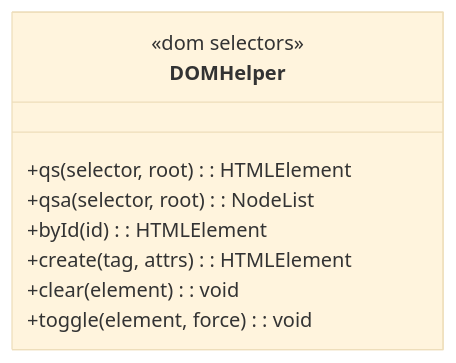
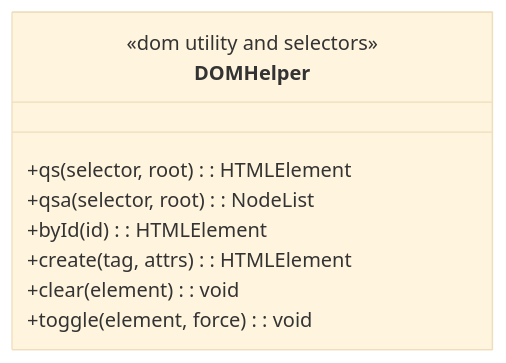
One commit to arbph-dev/codeIgniter-appCms changed the first of 2 diagrams in documentation/WORKBENCH/ARCHITECTURE/domhelper.md. Above: the diagram before and after it, drawn with Mermaid (base theme). The commit also changed other lines of this file, not shown here.

````diff
--- a/documentation/WORKBENCH/ARCHITECTURE/domhelper.md
+++ b/documentation/WORKBENCH/ARCHITECTURE/domhelper.md
@@ -8,13 +8,12 @@
 ```mermaid
 classDiagram
     class DOMHelper {
-        <<dom selectors>>
+        <<dom utility and selectors>>
         +qs(selector, root): HTMLElement
         +qsa(selector, root): NodeList
         +byId(id): HTMLElement
-        <<utility>>
         +create(tag, attrs): HTMLElement
         +clear(element): void
         +toggle(element, force): void
     }
 ```
````
